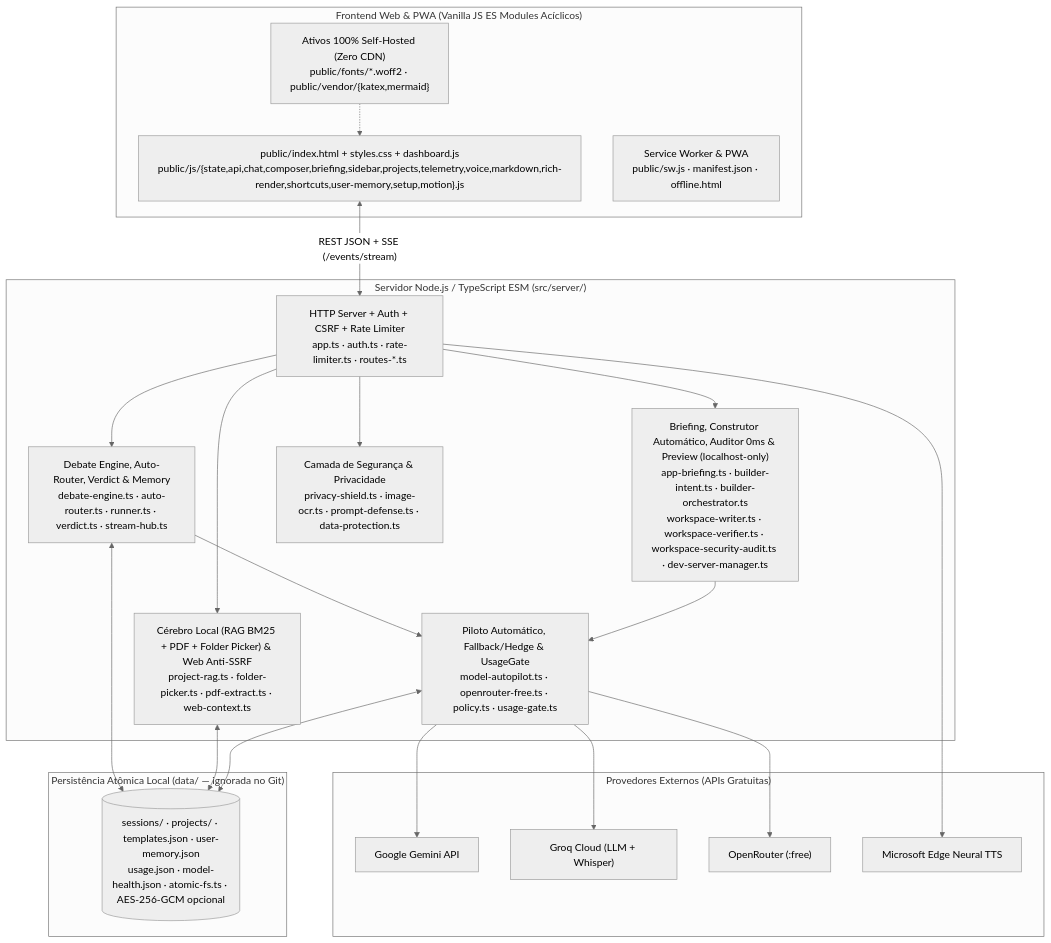
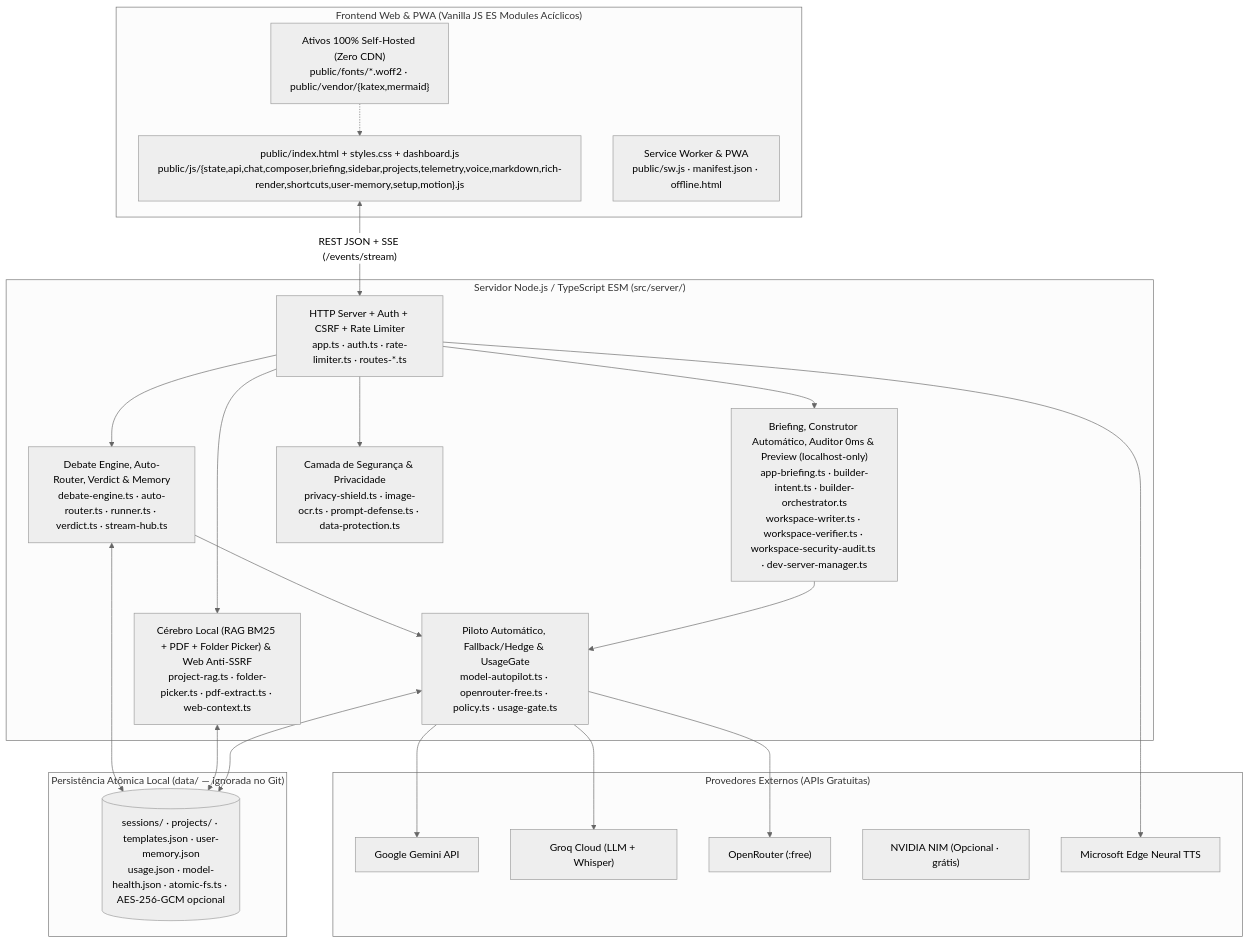
The diagram in README.md (justtem/Triade), drawn with Mermaid (neutral theme) before and after one commit. The commit also changed other lines of this file and 32 other files, not shown here.

Commit message:
feat: nvidia nim opcional, failover 503, balanceamento hibrido e autofix rapido

````diff
--- a/README.md
+++ b/README.md
@@ -79,44 +79,45 @@
 ```mermaid
 flowchart TB
     subgraph Client["Frontend Web & PWA (Vanilla JS ES Modules Acíclicos)"]
         UI["public/index.html + styles.css + dashboard.js<br/>public/js/{state,api,chat,composer,briefing,sidebar,projects,telemetry,voice,markdown,rich-render,shortcuts,user-memory,setup,motion}.js"]
         Vendor["Ativos 100% Self-Hosted (Zero CDN)<br/>public/fonts/*.woff2 · public/vendor/{katex,mermaid}"]
         SW["Service Worker & PWA<br/>public/sw.js · manifest.json · offline.html"]
     end
 
     subgraph Server["Servidor Node.js / TypeScript ESM (src/server/)"]
         HTTP["HTTP Server + Auth + CSRF + Rate Limiter<br/>app.ts · auth.ts · rate-limiter.ts · routes-*.ts"]
         Engine["Debate Engine, Auto-Router, Verdict & Memory<br/>debate-engine.ts · auto-router.ts · runner.ts · verdict.ts · stream-hub.ts"]
         Builder["Briefing, Construtor Automático, Auditor 0ms & Preview (localhost-only)<br/>app-briefing.ts · builder-intent.ts · builder-orchestrator.ts<br/>workspace-writer.ts · workspace-verifier.ts · workspace-security-audit.ts · dev-server-manager.ts"]
         Security["Camada de Segurança & Privacidade<br/>privacy-shield.ts · image-ocr.ts · prompt-defense.ts · data-protection.ts"]
         RAG["Cérebro Local (RAG BM25 + PDF + Folder Picker) & Web Anti-SSRF<br/>project-rag.ts · folder-picker.ts · pdf-extract.ts · web-context.ts"]
         Providers["Piloto Automático, Fallback/Hedge & UsageGate<br/>model-autopilot.ts · openrouter-free.ts · policy.ts · usage-gate.ts"]
     end
 
     subgraph External["Provedores Externos (APIs Gratuitas)"]
         Gemini["Google Gemini API"]
         Groq["Groq Cloud (LLM + Whisper)"]
         OpenRouter["OpenRouter (:free)"]
+        Nvidia["NVIDIA NIM (Opcional · grátis)"]
         EdgeTTS["Microsoft Edge Neural TTS"]
     end
 
     subgraph Storage["Persistência Atômica Local (data/ — ignorada no Git)"]
         DB[("sessions/ · projects/ · templates.json · user-memory.json<br/>usage.json · model-health.json · atomic-fs.ts · AES-256-GCM opcional")]
     end
 
     UI <-->|"REST JSON + SSE (/events/stream)"| HTTP
     Vendor -.-> UI
     HTTP --> Security
     HTTP --> Engine
     HTTP --> Builder
     HTTP --> RAG
     Engine --> Providers
     Builder --> Providers
     Engine <--> DB
     RAG <--> DB
     Providers <--> DB
     Providers --> Gemini
     Providers --> Groq
     Providers --> OpenRouter
     HTTP --> EdgeTTS
 ```
````
